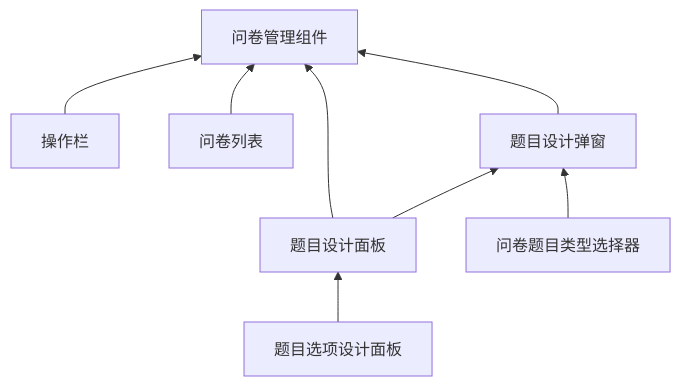
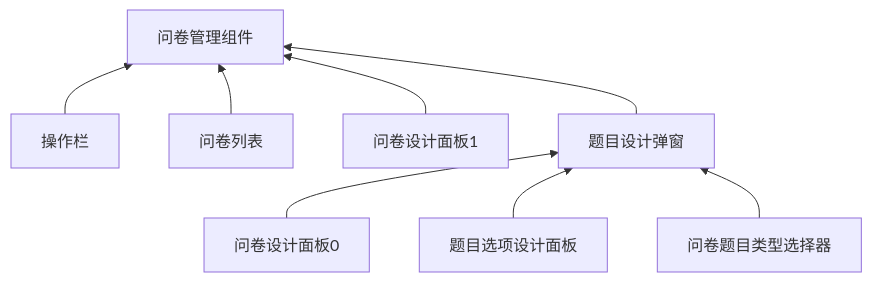
The diagram in src/components/QuestionnaireManager/README.md (DanceSky720/v3_vite_admin-master), drawn with Mermaid before and after one commit. The commit also changed other lines of this file and 6 other files, not shown here.

````diff
--- a/src/components/QuestionnaireManager/README.md
+++ b/src/components/QuestionnaireManager/README.md
@@ -44,13 +36,14 @@
 ```mermaid
 graph BT
 
-    题目选项设计面板 --> qd[题目设计面板]
-    qd --> dialog[题目设计弹窗]
+    问卷设计面板0 --> dialog[题目设计弹窗]
+    题目选项设计面板 --> dialog
     问卷题目类型选择器 -->dialog
 
     操作栏 --> manager[问卷管理组件]
     问卷列表 --> manager
-    qd --> manager
+    问卷设计面板1 --> manager
     dialog --> manager
+    
 
 ```
````
